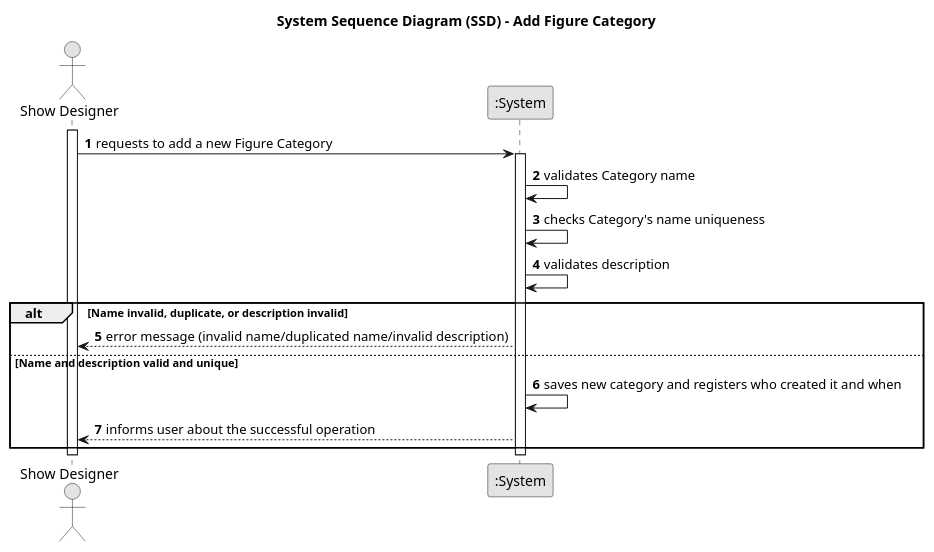
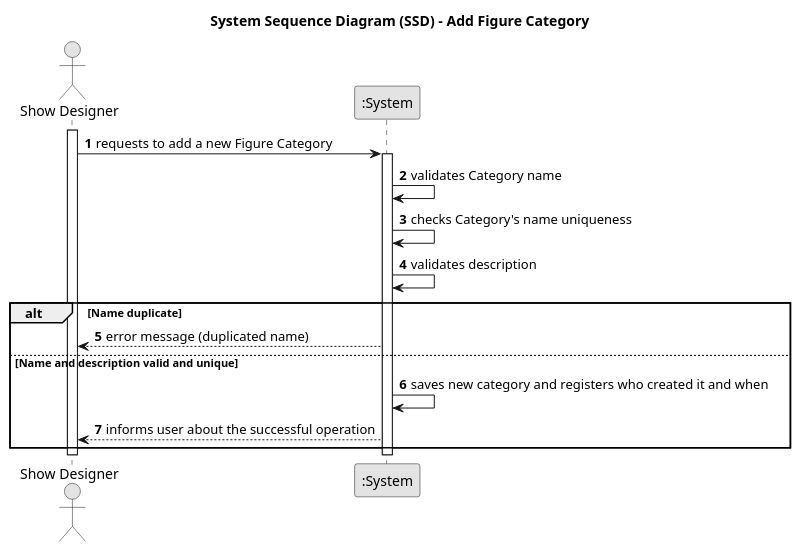
One commit to SAEmanuel/Shodrone_ISEP changed the diagram in docs/planning/sprint2/EAPLI/US245 - Add figure category/01.requirements-engineering/puml/us245-system-sequence-diagram.puml. Above: the diagram before and after it, drawn with PlantUML. The commit also changed 1 other file, not shown here.

Commit message:
us245: requirements-engineering system-sequence-diagram updated
Related to: #1/#23/#27

```diff
--- a/docs/planning/sprint2/EAPLI/US245 - Add figure category/01.requirements-engineering/puml/us245-system-sequence-diagram.puml
+++ b/docs/planning/sprint2/EAPLI/US245 - Add figure category/01.requirements-engineering/puml/us245-system-sequence-diagram.puml
@@ -1,31 +1,31 @@
 @startuml
 skinparam monochrome true
 skinparam packageStyle rectangle
 skinparam shadowing false
 
 title System Sequence Diagram (SSD) - Add Figure Category
 
 autonumber
 
 actor "Show Designer" as SD
 participant ":System" as System
 
 activate SD
 
 SD -> System: requests to add a new Figure Category
 activate System
 
 System -> System: validates Category name
 System -> System: checks Category's name uniqueness
 System -> System: validates description
-alt Name invalid, duplicate, or description invalid
-    System --> SD: error message (invalid name/duplicated name/invalid description)
+alt Name duplicate
+    System --> SD: error message (duplicated name)
 else Name and description valid and unique
     System -> System: saves new category and registers who created it and when
     System --> SD: informs user about the successful operation
 end
 
 deactivate System
 deactivate SD
 
 @enduml
```
